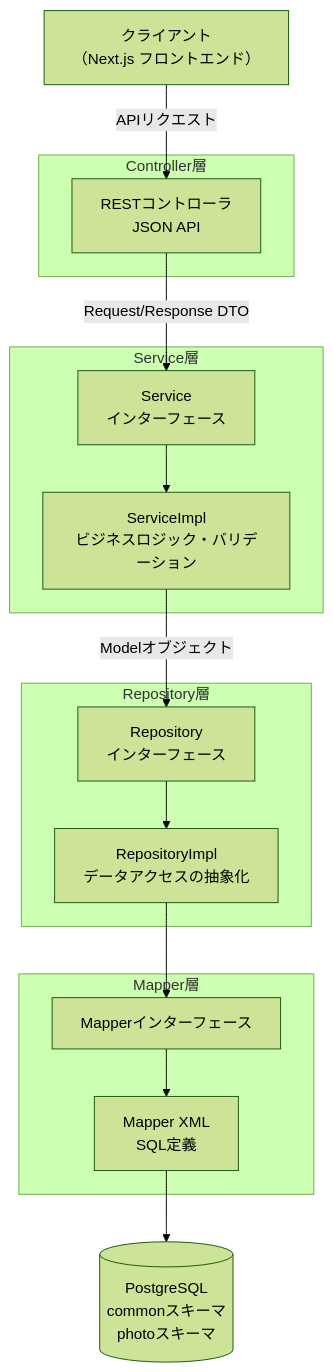
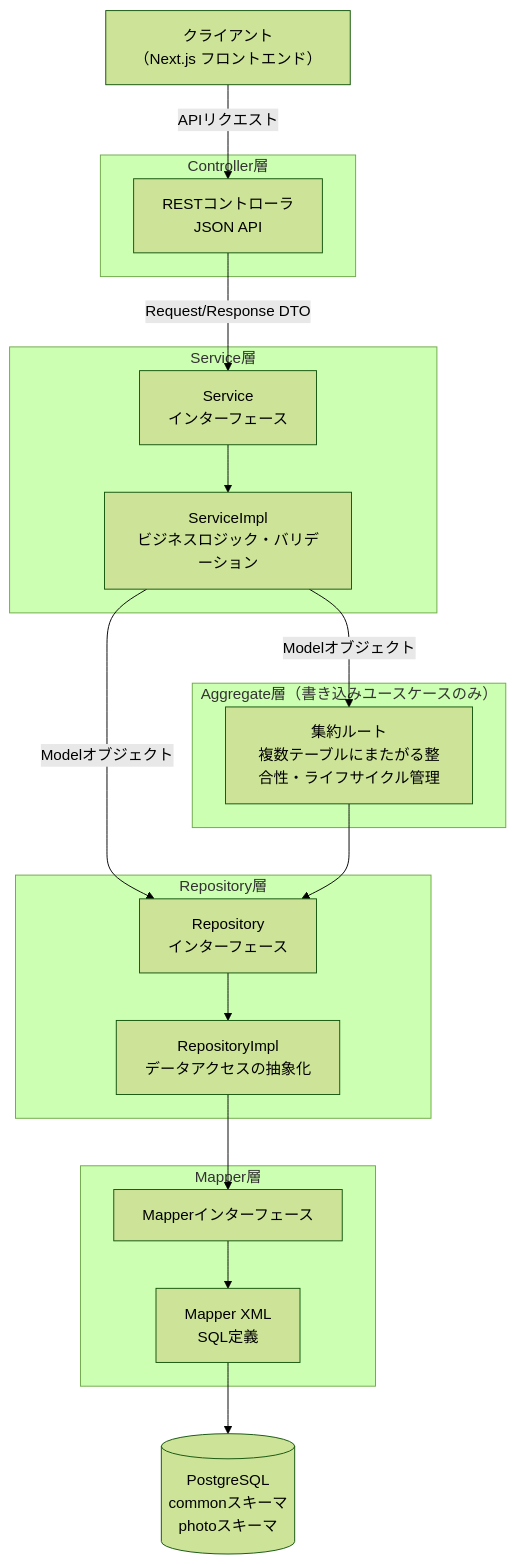
The first of 2 diagrams in doc/architecture/layered-architecture.md (KentoKodama214/WebGallery), drawn with Mermaid (forest theme) before and after one commit. The commit also changed other lines of this file and 7 other files, not shown here.

````diff
--- a/doc/architecture/layered-architecture.md
+++ b/doc/architecture/layered-architecture.md
@@ -5,34 +5,40 @@
 ```mermaid
 graph TB
     Client["クライアント<br>（Next.js フロントエンド）"]
 
     subgraph Controller["Controller層"]
         REST["RESTコントローラ<br>JSON API"]
     end
 
     subgraph Service["Service層"]
         SI["Service<br>インターフェース"]
         SImpl["ServiceImpl<br>ビジネスロジック・バリデーション"]
         SI --> SImpl
+    end
+
+    subgraph Aggregate["Aggregate層（書き込みユースケースのみ）"]
+        AGG["集約ルート<br>複数テーブルにまたがる整合性・ライフサイクル管理"]
     end
 
     subgraph Repository["Repository層"]
         RI["Repository<br>インターフェース"]
         RImpl["RepositoryImpl<br>データアクセスの抽象化"]
         RI --> RImpl
     end
 
     subgraph Mapper["Mapper層"]
         MI["Mapperインターフェース"]
         MX["Mapper XML<br>SQL定義"]
         MI --> MX
     end
 
     DB[("PostgreSQL<br>commonスキーマ<br>photoスキーマ")]
 
     Client -- "APIリクエスト" --> REST
     REST -- "Request/Response DTO" --> SI
+    SImpl -- "Modelオブジェクト" --> AGG
     SImpl -- "Modelオブジェクト" --> RI
+    AGG --> RI
     RImpl --> MI
     MX --> DB
 ```
````
